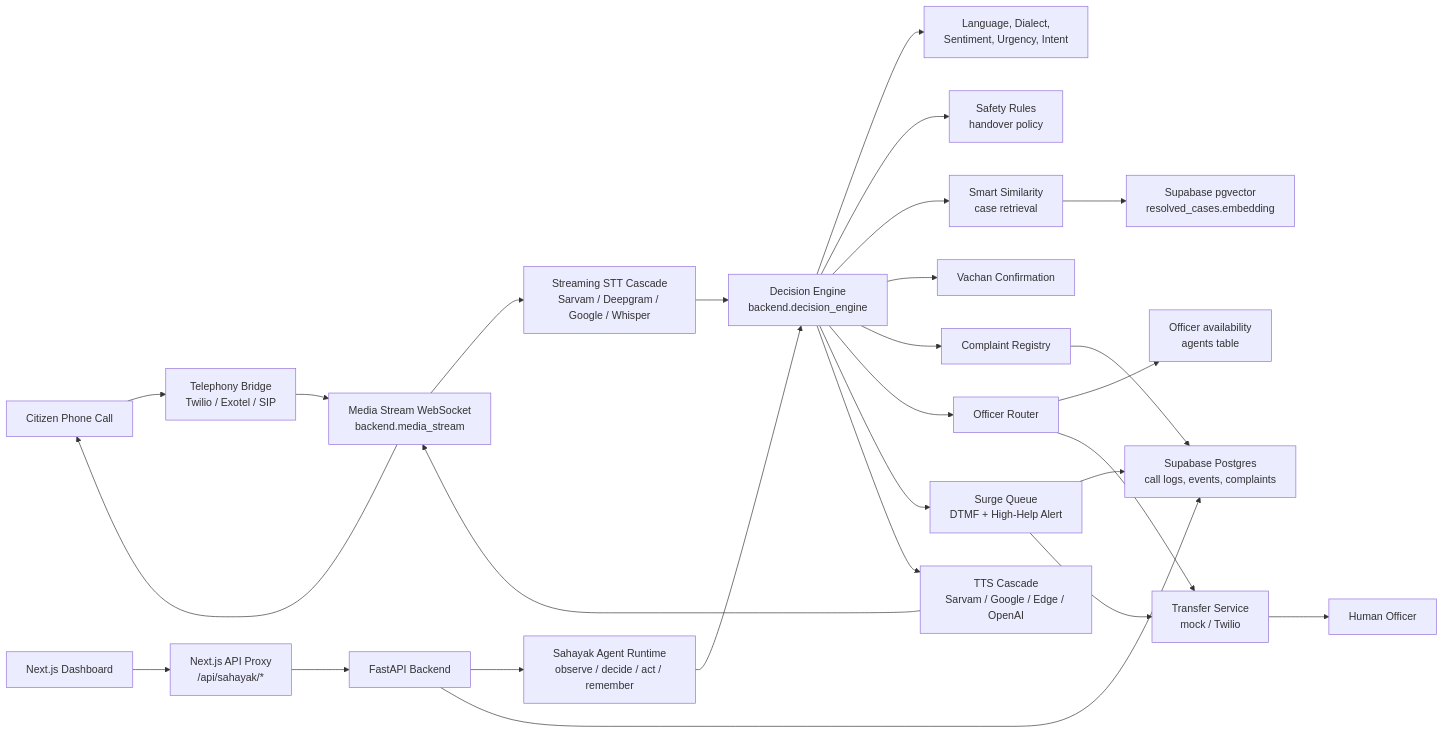
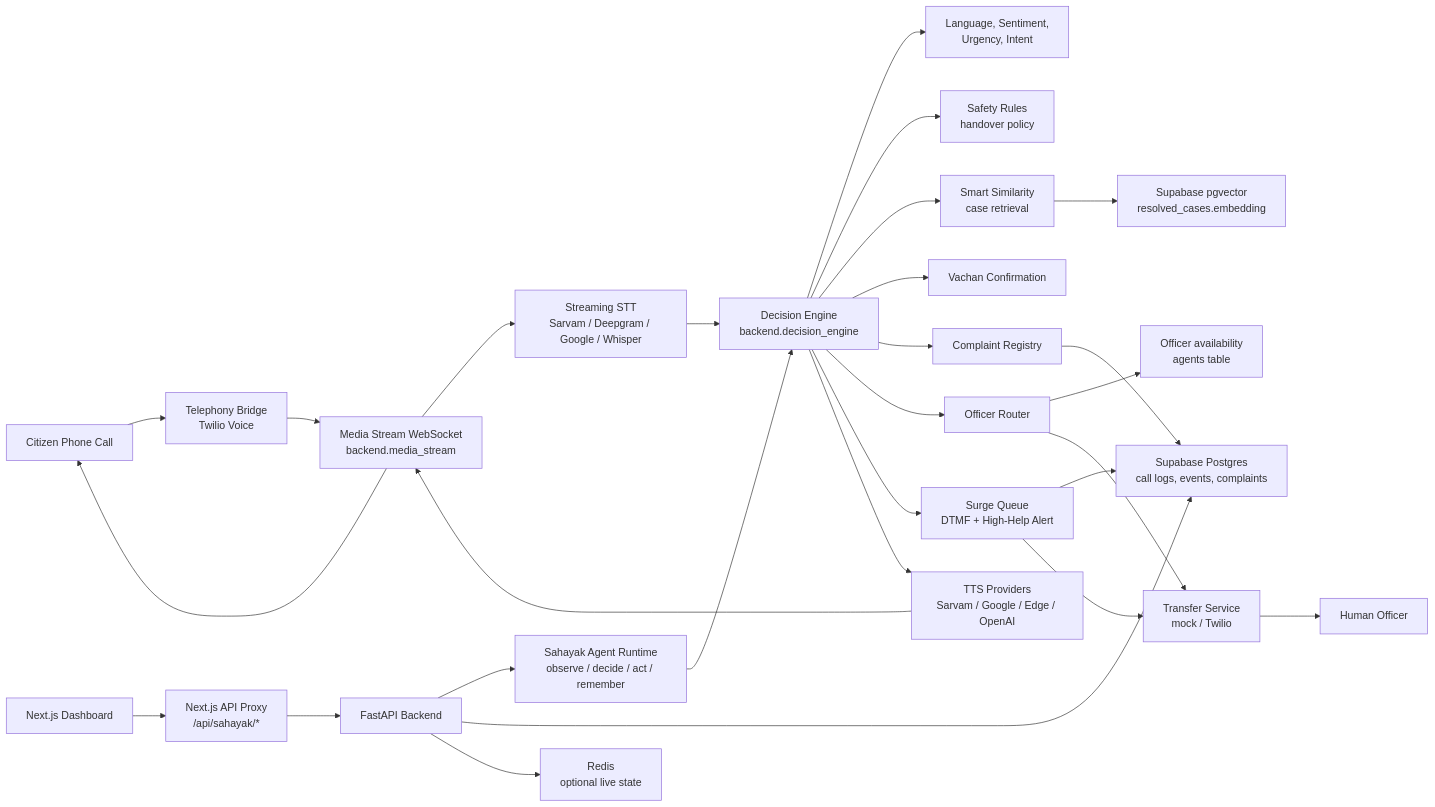
One commit to riyaz-02/Sahayak-1092 changed the second of 5 diagrams in README.md. Above: the diagram before and after it, drawn with Mermaid. The commit also changed other lines of this file and 2 other files, not shown here.

````diff
--- a/README.md
+++ b/README.md
@@ -96,35 +150,36 @@
 ```mermaid
 flowchart LR
-    Citizen["Citizen Phone Call"] --> Bridge["Telephony Bridge<br/>Twilio / Exotel / SIP"]
+    Citizen["Citizen Phone Call"] --> Bridge["Telephony Bridge<br/>Twilio Voice"]
     Bridge --> Media["Media Stream WebSocket<br/>backend.media_stream"]
 
-    Media --> STT["Streaming STT Cascade<br/>Sarvam / Deepgram / Google / Whisper"]
+    Media --> STT["Streaming STT<br/>Sarvam / Deepgram / Google / Whisper"]
     STT --> Engine["Decision Engine<br/>backend.decision_engine"]
 
-    Engine --> Analyzer["Language, Dialect,<br/>Sentiment, Urgency, Intent"]
+    Engine --> Analyzer["Language, Sentiment,<br/>Urgency, Intent"]
     Engine --> Rules["Safety Rules<br/>handover policy"]
     Engine --> Similarity["Smart Similarity<br/>case retrieval"]
     Engine --> Vachan["Vachan Confirmation"]
     Engine --> Registry["Complaint Registry"]
     Engine --> Router["Officer Router"]
     Engine --> Queue["Surge Queue<br/>DTMF + High-Help Alert"]
 
     Similarity --> VectorDB["Supabase pgvector<br/>resolved_cases.embedding"]
     Registry --> Supabase["Supabase Postgres<br/>call logs, events, complaints"]
     Queue --> Supabase
     Router --> Agents["Officer availability<br/>agents table"]
 
     Router --> Transfer["Transfer Service<br/>mock / Twilio"]
     Queue --> Transfer
     Transfer --> Officer["Human Officer"]
 
-    Engine --> TTS["TTS Cascade<br/>Sarvam / Google / Edge / OpenAI"]
+    Engine --> TTS["TTS Providers<br/>Sarvam / Google / Edge / OpenAI"]
     TTS --> Media
     Media --> Citizen
 
     Dashboard["Next.js Dashboard"] --> Proxy["Next.js API Proxy<br/>/api/sahayak/*"]
     Proxy --> API["FastAPI Backend"]
     API --> Agent["Sahayak Agent Runtime<br/>observe / decide / act / remember"]
     Agent --> Engine
     API --> Supabase
+    API --> Redis["Redis<br/>optional live state"]
 ```
````
